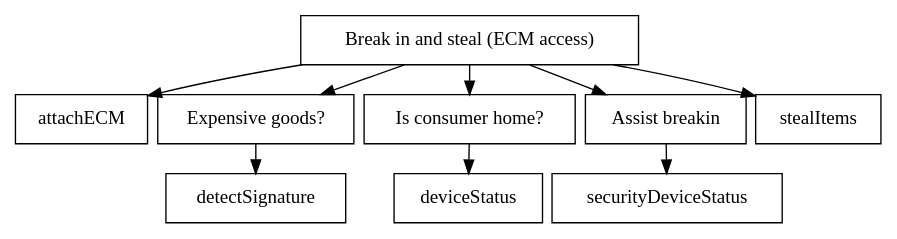
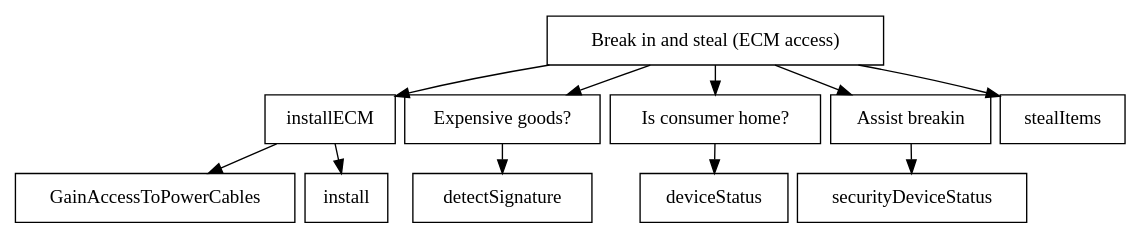
One commit to des904e15/report changed the diagram in figures/graphviz/burglarECM.dot. Above: the diagram before and after it, drawn with Graphviz. The commit also changed 15 other files, not shown here.

```diff
--- a/figures/graphviz/burglarECM.dot
+++ b/figures/graphviz/burglarECM.dot
@@ -1,25 +1,28 @@
 digraph G {
 
  graph[ center=true, margin=0.2, nodesep=0.1, ranksep=0.3]
  node[ shape=rectangle]
 
 root [label="Break in and steal (ECM access)", shape=AND];
 
-attachECM;
-goodstuff [label="Expensive goods?",shape=OR];
-atHome [label="Is consumer home?",shape=OR];
+installECM;
+goodstuff [label="Expensive goods?"];
+atHome [label="Is consumer home?"];
 breakIn [label="Break in"];
 
-root -> attachECM;
+installECM[shape=AND];
+root -> installECM;
+installECM -> GainAccessToPowerCables;
+installECM -> install;
 
 root -> goodstuff;
 goodstuff->detectSignature;
 
 root -> atHome;
 atHome -> deviceStatus;
 
-breakIn[shape=OR, label="Assist breakin"]
+breakIn[label="Assist breakin"]
 root ->	breakIn;
 breakIn -> securityDeviceStatus;
 root -> stealItems;
 }
```
